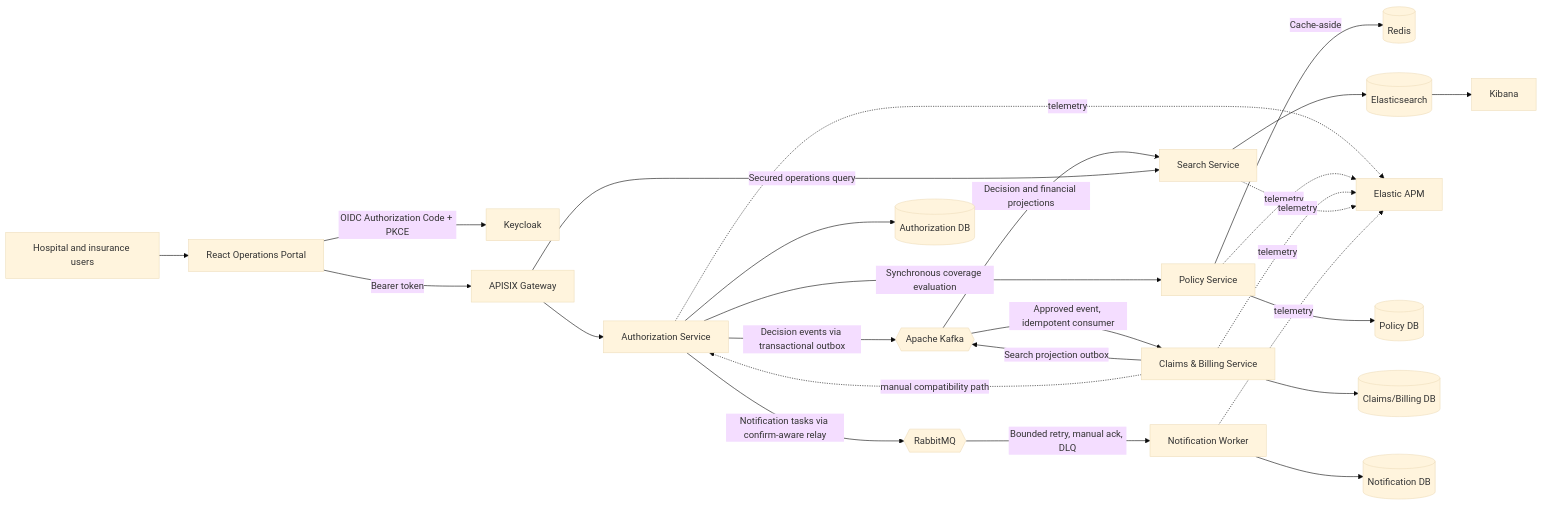
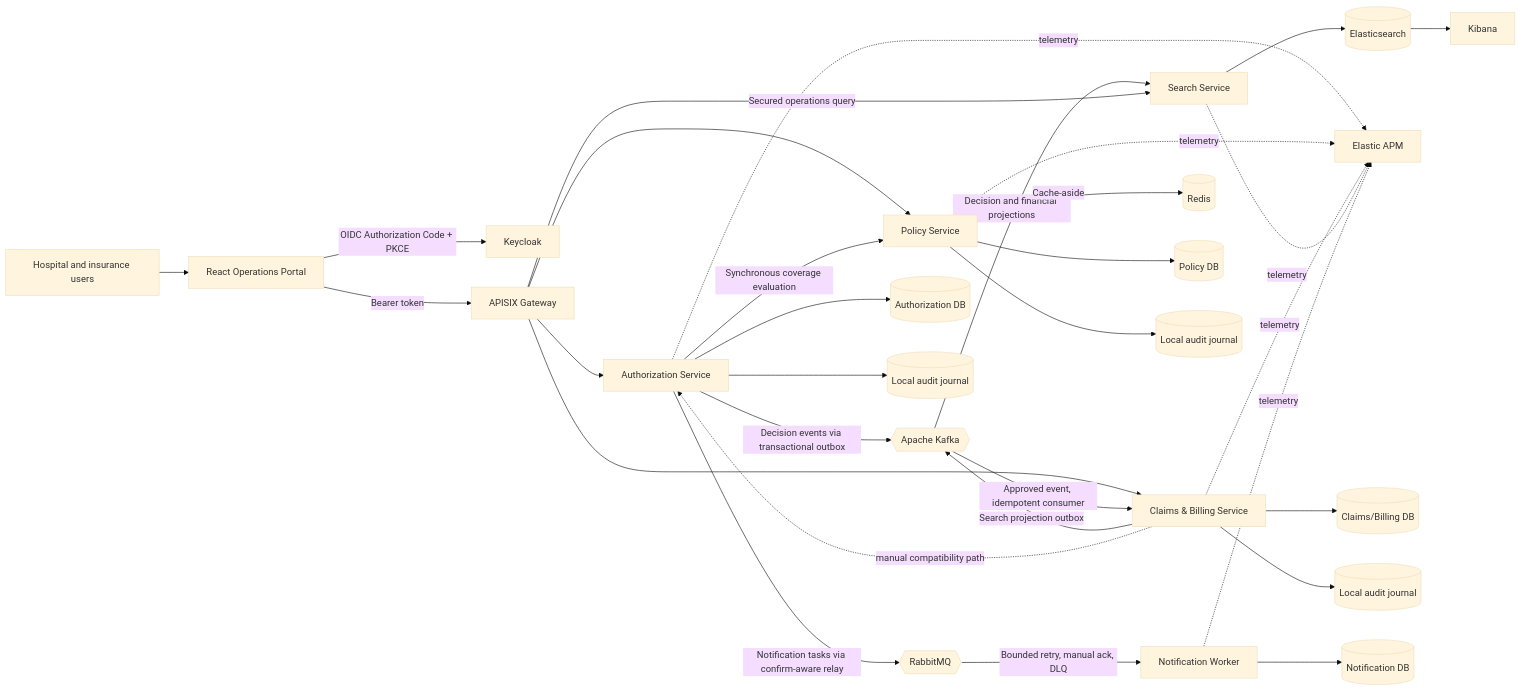
The diagram in README.md (aydindemir1/health-insurance-platform), drawn with Mermaid (base theme) before and after one commit. The commit also changed other lines of this file and 12 other files, not shown here.

````diff
--- a/README.md
+++ b/README.md
@@ -239,28 +253,33 @@
 ```mermaid
 flowchart LR
     User[Hospital and insurance users] --> Portal[React Operations Portal]
     Portal -->|OIDC Authorization Code + PKCE| KC[Keycloak]
     Portal -->|Bearer token| Gateway[APISIX Gateway]
     Gateway --> Auth[Authorization Service]
+    Gateway --> Policy
+    Gateway --> Claims
     Auth -->|Synchronous coverage evaluation| Policy[Policy Service]
     Auth -->|Decision events via transactional outbox| Kafka{{Apache Kafka}}
     Auth -->|Notification tasks via confirm-aware relay| Rabbit{{RabbitMQ}}
     Kafka -->|Approved event, idempotent consumer| Claims[Claims & Billing Service]
     Rabbit -->|Bounded retry, manual ack, DLQ| Notifications[Notification Worker]
     Claims -->|Search projection outbox| Kafka
     Kafka -->|Decision and financial projections| Search[Search Service]
     Gateway -->|Secured operations query| Search
     Policy -->|Cache-aside| Redis[(Redis)]
     Search --> Elastic[(Elasticsearch)]
     Elastic --> Kibana[Kibana]
     Auth -. telemetry .-> APM[Elastic APM]
     Policy -. telemetry .-> APM
     Claims -. telemetry .-> APM
     Search -. telemetry .-> APM
     Notifications -. telemetry .-> APM
     Claims -. manual compatibility path .-> Auth
     Auth --> AuthDB[(Authorization DB)]
     Policy --> PolicyDB[(Policy DB)]
     Claims --> ClaimsDB[(Claims/Billing DB)]
+    Auth --> AuthAudit[(Local audit journal)]
+    Policy --> PolicyAudit[(Local audit journal)]
+    Claims --> ClaimsAudit[(Local audit journal)]
     Notifications --> NotificationDB[(Notification DB)]
 ```
````
